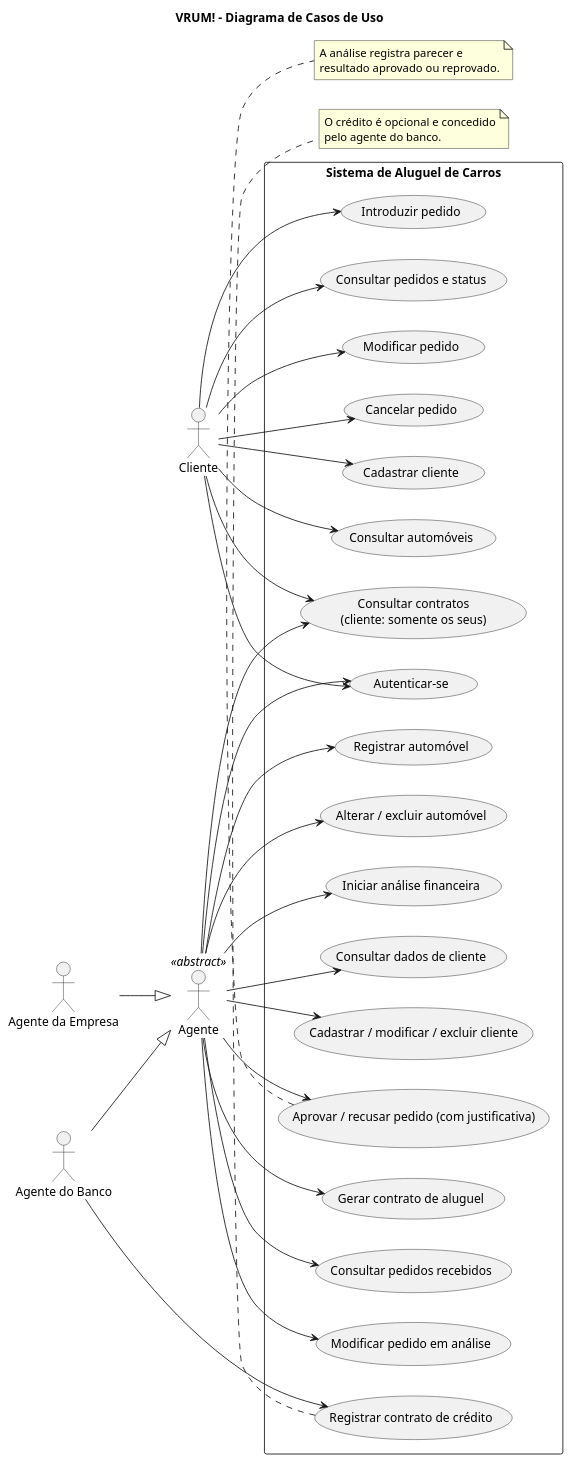
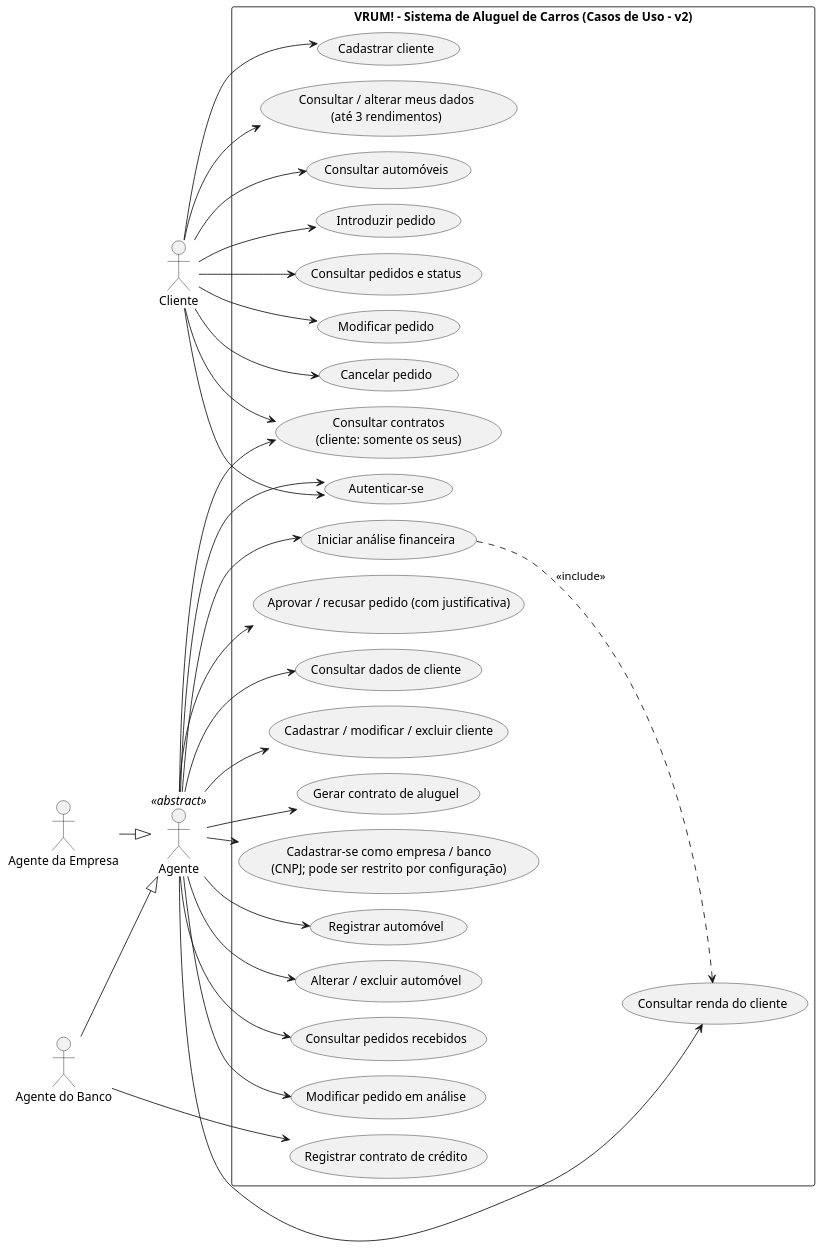
The diagram in docs/diagramas/Diagrama_casos_uso.puml (pamelanilo/Sistema_Aluguel_Carros), drawn with PlantUML before and after one commit. The commit also changed 76 other files, not shown here.

```diff
--- a/docs/diagramas/Diagrama_casos_uso.puml
+++ b/docs/diagramas/Diagrama_casos_uso.puml
@@ -1,66 +1,65 @@
 @startuml
+!pragma layout smetana
 left to right direction
 skinparam packageStyle rectangle
 skinparam shadowing false
 skinparam DefaultFontName Arial
-title VRUM! - Diagrama de Casos de Uso
 
 actor Cliente
 actor Agente <<abstract>>
 actor "Agente da Empresa" as AgenteEmpresa
 actor "Agente do Banco" as AgenteBanco
 AgenteEmpresa --|> Agente
 AgenteBanco --|> Agente
 
-rectangle "Sistema de Aluguel de Carros" {
+rectangle "VRUM! - Sistema de Aluguel de Carros (Casos de Uso - v2)" {
   usecase "Cadastrar cliente" as UC_Cad
+  usecase "Cadastrar-se como empresa / banco\n(CNPJ; pode ser restrito por configuração)" as UC_CadAgente
+  usecase "Consultar / alterar meus dados\n(até 3 rendimentos)" as UC_MeusDados
   usecase "Autenticar-se" as UC_Login
   usecase "Consultar automóveis" as UC_Carros
   usecase "Registrar automóvel" as UC_RegCarro
   usecase "Alterar / excluir automóvel" as UC_ManCarro
   usecase "Introduzir pedido" as UC_Criar
   usecase "Consultar pedidos e status" as UC_Consultar
   usecase "Modificar pedido" as UC_Mod
   usecase "Cancelar pedido" as UC_Cancelar
   usecase "Consultar pedidos recebidos" as UC_ListaAgente
   usecase "Modificar pedido em análise" as UC_ModAgente
   usecase "Iniciar análise financeira" as UC_Analisar
+  usecase "Consultar renda do cliente" as UC_Renda
   usecase "Aprovar / recusar pedido (com justificativa)" as UC_Avaliar
   usecase "Consultar dados de cliente" as UC_Cliente
   usecase "Cadastrar / modificar / excluir cliente" as UC_CRUD
   usecase "Gerar contrato de aluguel" as UC_Contrato
   usecase "Registrar contrato de crédito" as UC_Credito
   usecase "Consultar contratos\n(cliente: somente os seus)" as UC_ConsultarContrato
 }
 
 Cliente --> UC_Cad
+Cliente --> UC_MeusDados
 Cliente --> UC_Login
 Cliente --> UC_Carros
 Cliente --> UC_Criar
 Cliente --> UC_Consultar
 Cliente --> UC_Mod
 Cliente --> UC_Cancelar
 Cliente --> UC_ConsultarContrato
 
 Agente --> UC_Login
 Agente --> UC_ListaAgente
 Agente --> UC_ModAgente
 Agente --> UC_Analisar
+Agente --> UC_Renda
+UC_Analisar ..> UC_Renda : <<include>>
 Agente --> UC_Avaliar
 Agente --> UC_Cliente
 Agente --> UC_CRUD
 Agente --> UC_RegCarro
 Agente --> UC_ManCarro
 Agente --> UC_Contrato
 Agente --> UC_ConsultarContrato
 AgenteBanco --> UC_Credito
+Agente --> UC_CadAgente
 
-note bottom of UC_Credito
-  O crédito é opcional e concedido
-  pelo agente do banco.
-end note
-note bottom of UC_Avaliar
-  A análise registra parecer e
-  resultado aprovado ou reprovado.
-end note
 @enduml
```
